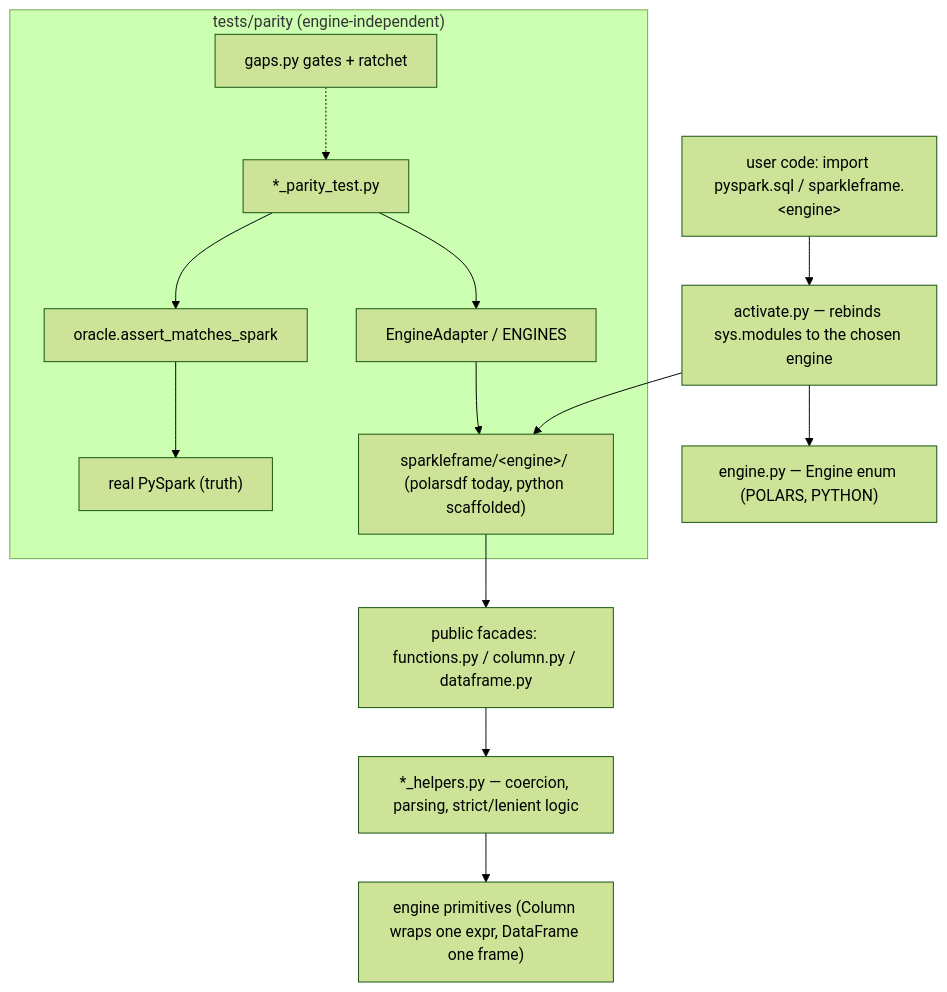
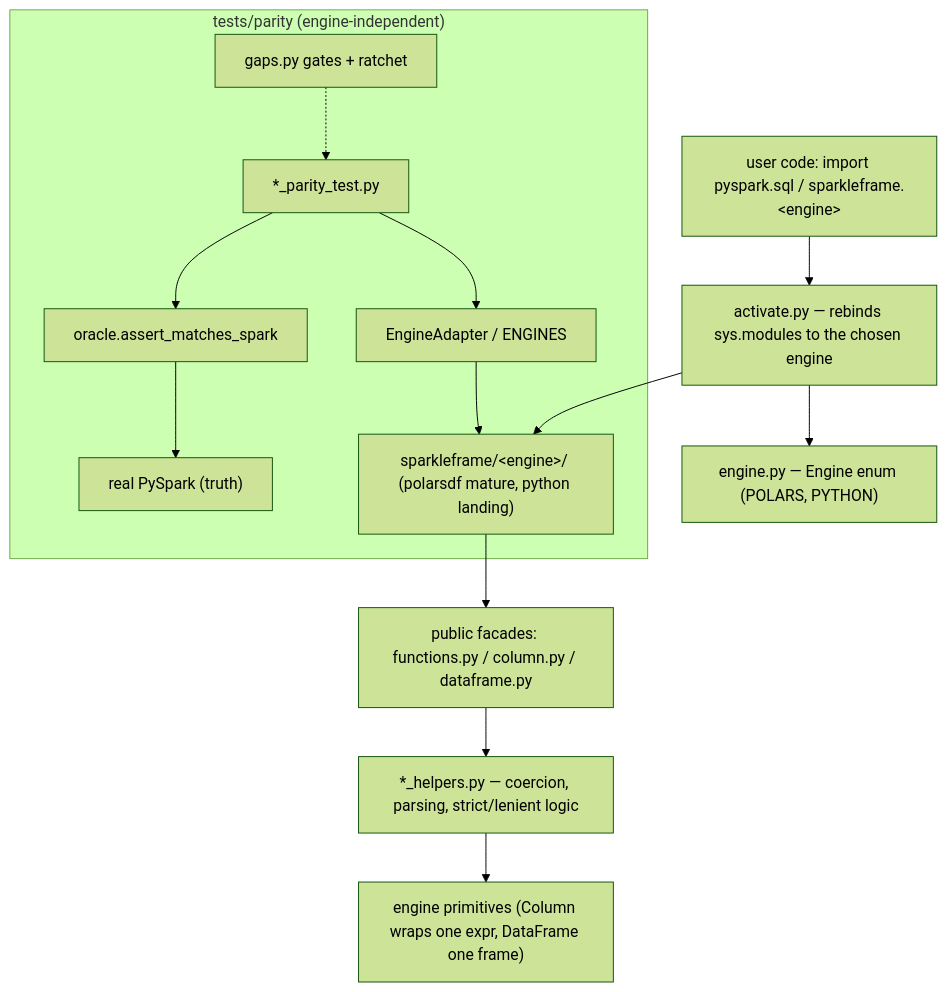
Before and after one commit to flypipe/sparkleframe: the diagram in ARCHITECTURE.md, drawn with Mermaid (forest theme). The commit also changed other lines of this file and 26 other files, not shown here.

````diff
--- a/ARCHITECTURE.md
+++ b/ARCHITECTURE.md
@@ -83,21 +111,21 @@
 ```mermaid
 flowchart TD
     user["user code: import pyspark.sql / sparkleframe.&lt;engine&gt;"]
     activate["activate.py — rebinds sys.modules to the chosen engine"]
     engineenum["engine.py — Engine enum (POLARS, PYTHON)"]
-    pkg["sparkleframe/&lt;engine&gt;/ (polarsdf today, python scaffolded)"]
+    pkg["sparkleframe/&lt;engine&gt;/ (polarsdf mature, python landing)"]
     facade["public facades: functions.py / column.py / dataframe.py"]
     helpers["*_helpers.py — coercion, parsing, strict/lenient logic"]
     prim["engine primitives (Column wraps one expr, DataFrame one frame)"]
 
     user --> activate --> engineenum
     activate --> pkg --> facade --> helpers --> prim
 
     subgraph parity["tests/parity (engine-independent)"]
       test["*_parity_test.py"] --> adapter["EngineAdapter / ENGINES"]
       adapter --> pkg
       test --> oracle["oracle.assert_matches_spark"]
       oracle --> spark["real PySpark (truth)"]
       gaps["gaps.py gates + ratchet"] -.-> test
     end
 ```
````
